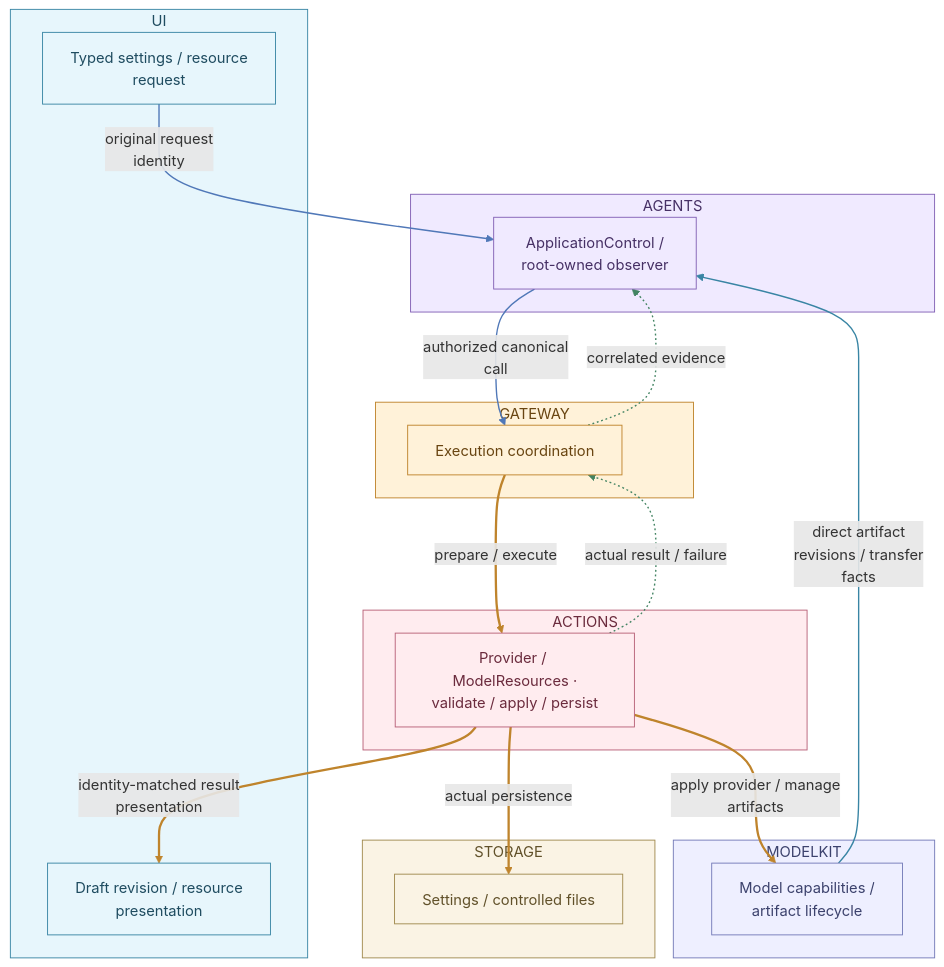
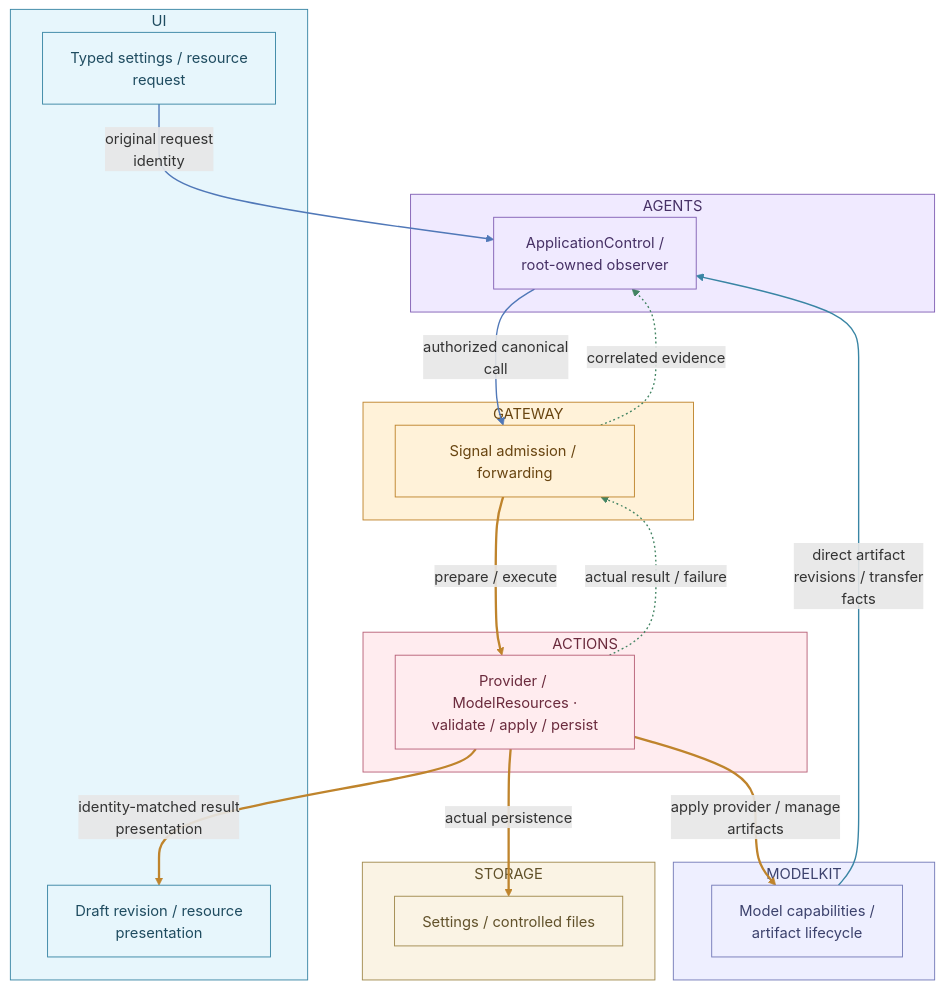
One commit to devilyouwei/MobileHarness changed diagram 23 of 27 in MobileHarness/README.md. Above: the diagram before and after it, drawn with Mermaid. The commit also changed other lines of this file and 4 other files, not shown here.

First line of the commit message:
docs: align READMEs and diagrams with Gateway/Actions separation

````diff
--- a/MobileHarness/README.md
+++ b/MobileHarness/README.md
@@ -1410,52 +1427,52 @@
 ```mermaid
 flowchart TB
     subgraph Interaction["UI"]
         UI["Typed settings / resource<br/>request"]:::ui
         Present["Draft revision / resource<br/>presentation"]:::ui
     end
     style Interaction fill:#e7f6fc,stroke:#3985a4,color:#1f4c60
     subgraph Cognition["AGENTS"]
         A["ApplicationControl /<br/>root-owned observer"]:::agent
     end
     style Cognition fill:#f0eaff,stroke:#8261b5,color:#463065
     subgraph Coordination["GATEWAY"]
-        G["Execution coordination"]:::gateway
+        G["Signal admission / forwarding"]:::gateway
     end
     style Coordination fill:#fff2d9,stroke:#bf842c,color:#694511
     subgraph Execution["ACTIONS"]
         X["Provider / ModelResources ·<br/>validate / apply / persist"]:::action
     end
     style Execution fill:#ffecef,stroke:#b86178,color:#6b2b3d
     subgraph Inference["MODELKIT"]
         M["Model capabilities /<br/>artifact lifecycle"]:::model
     end
     style Inference fill:#eeefff,stroke:#747bb8,color:#3c426d
     subgraph Persistence["STORAGE"]
         S["Settings / controlled files"]:::storage
     end
     style Persistence fill:#faf3e4,stroke:#a18a4e,color:#61512a
     UI -->|"original request<br/>identity"| A
     A -->|"authorized canonical<br/>call"| G
     G ==>|"prepare / execute"| X
     X ==>|"apply provider / manage<br/>artifacts"| M
     X ==>|"actual persistence"| S
     M -->|"direct artifact<br/>revisions / transfer<br/>facts"| A
     X ==>|"identity-matched result<br/>presentation"| Present
     X -.->|"actual result / failure"| G
     G -.->|"correlated evidence"| A
     classDef action fill:#ffecef,stroke:#b86178,color:#6b2b3d
     classDef agent fill:#f0eaff,stroke:#8261b5,color:#463065
     classDef gateway fill:#fff2d9,stroke:#bf842c,color:#694511
     classDef model fill:#eeefff,stroke:#747bb8,color:#3c426d
     classDef storage fill:#faf3e4,stroke:#a18a4e,color:#61512a
     classDef ui fill:#e7f6fc,stroke:#3985a4,color:#1f4c60
     linkStyle 0 stroke:#5078b8,stroke-width:1.5px
     linkStyle 1 stroke:#5078b8,stroke-width:1.5px
     linkStyle 2 stroke:#bf842c,stroke-width:2.5px
     linkStyle 3 stroke:#bf842c,stroke-width:2.5px
     linkStyle 4 stroke:#bf842c,stroke-width:2.5px
     linkStyle 5 stroke:#3985a4,stroke-width:1.5px
     linkStyle 6 stroke:#bf842c,stroke-width:2.5px
     linkStyle 7 stroke:#438463,stroke-width:1.5px,stroke-dasharray:2 3
     linkStyle 8 stroke:#438463,stroke-width:1.5px,stroke-dasharray:2 3
 ```
````
